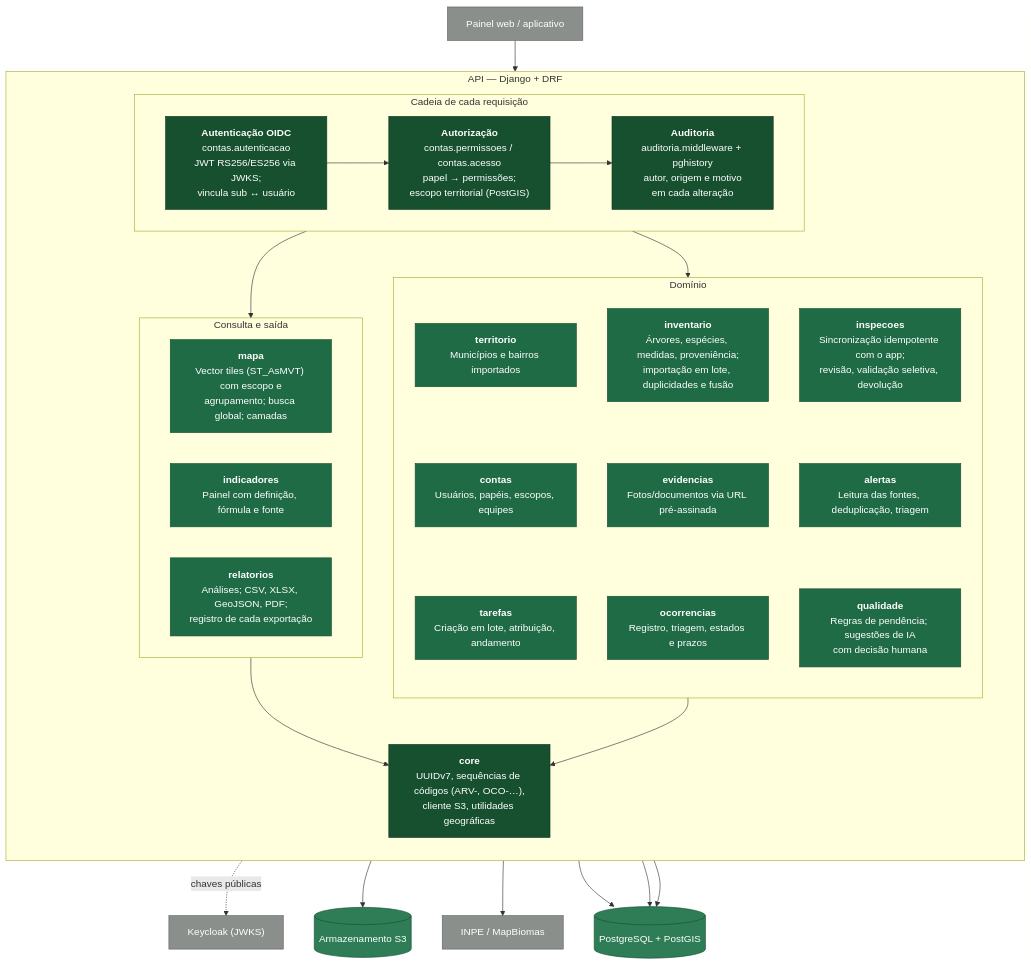
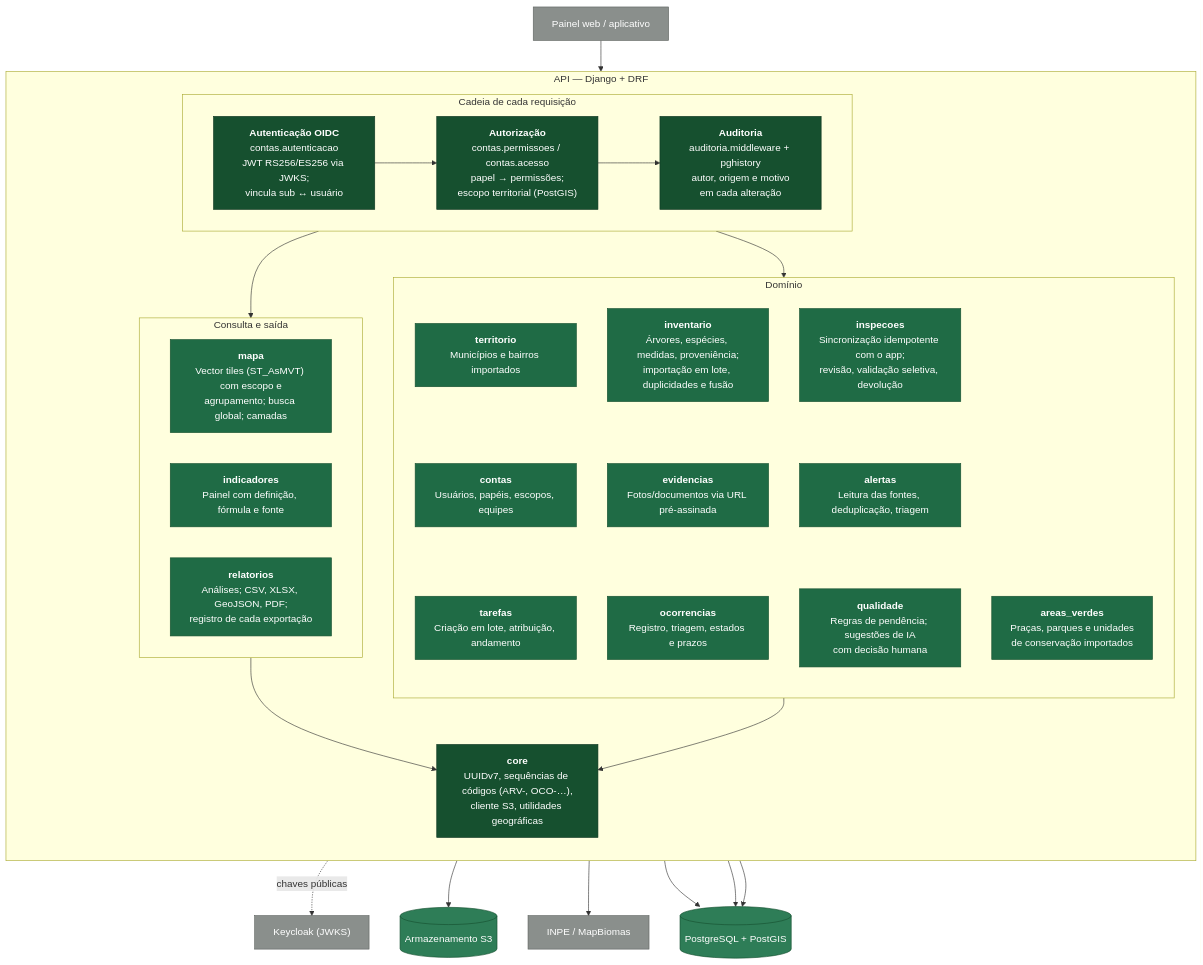
Before and after one commit to RaulMedeiros/itree: the third of 10 diagrams in docs/arquitetura/README.md, drawn with Mermaid. The commit also changed other lines of this file and 43 other files, not shown here.

First line of the commit message:
Fontes públicas: camada de áreas verdes (praças, parques e UCs de Fortaleza) (#50)

````diff
--- a/docs/arquitetura/README.md
+++ b/docs/arquitetura/README.md
@@ -147,61 +152,62 @@
 ```mermaid
 flowchart TB
     classDef comp fill:#1f6b45,stroke:#16502f,color:#fff
     classDef transversal fill:#16502f,stroke:#0d3520,color:#fff
     classDef dado fill:#2e7d57,stroke:#16502f,color:#fff
     classDef externo fill:#8a8f8c,stroke:#5f6461,color:#fff
 
     cliente["Painel web / aplicativo"]:::externo
 
     subgraph api["API — Django + DRF"]
         direction TB
         subgraph cadeia["Cadeia de cada requisição"]
             direction LR
             autent["<b>Autenticação OIDC</b><br/>contas.autenticacao<br/>JWT RS256/ES256 via JWKS;<br/>vincula sub ↔ usuário"]:::transversal
             acesso["<b>Autorização</b><br/>contas.permissoes / contas.acesso<br/>papel → permissões;<br/>escopo territorial (PostGIS)"]:::transversal
             auditoria["<b>Auditoria</b><br/>auditoria.middleware + pghistory<br/>autor, origem e motivo<br/>em cada alteração"]:::transversal
         end
 
         subgraph dominio["Domínio"]
             direction TB
             territorio["<b>territorio</b><br/>Municípios e bairros importados"]:::comp
+            areas_verdes["<b>areas_verdes</b><br/>Praças, parques e unidades<br/>de conservação importados"]:::comp
             contas["<b>contas</b><br/>Usuários, papéis, escopos, equipes"]:::comp
             inventario["<b>inventario</b><br/>Árvores, espécies, medidas, proveniência;<br/>importação em lote, duplicidades e fusão"]:::comp
             evidencias["<b>evidencias</b><br/>Fotos/documentos via URL pré-assinada"]:::comp
             ocorrencias["<b>ocorrencias</b><br/>Registro, triagem, estados e prazos"]:::comp
             inspecoes["<b>inspecoes</b><br/>Sincronização idempotente com o app;<br/>revisão, validação seletiva, devolução"]:::comp
             tarefas["<b>tarefas</b><br/>Criação em lote, atribuição, andamento"]:::comp
             alertas["<b>alertas</b><br/>Leitura das fontes, deduplicação, triagem"]:::comp
             qualidade["<b>qualidade</b><br/>Regras de pendência; sugestões de IA<br/>com decisão humana"]:::comp
             territorio ~~~ contas ~~~ tarefas
             inventario ~~~ evidencias ~~~ ocorrencias
             inspecoes ~~~ alertas ~~~ qualidade
         end
 
         subgraph leitura["Consulta e saída"]
             direction LR
             mapa["<b>mapa</b><br/>Vector tiles (ST_AsMVT) com escopo e<br/>agrupamento; busca global; camadas"]:::comp
             indicadores["<b>indicadores</b><br/>Painel com definição, fórmula e fonte"]:::comp
             relatorios["<b>relatorios</b><br/>Análises; CSV, XLSX, GeoJSON, PDF;<br/>registro de cada exportação"]:::comp
         end
 
         core["<b>core</b><br/>UUIDv7, sequências de códigos (ARV-, OCO-…),<br/>cliente S3, utilidades geográficas"]:::transversal
     end
 
     db[("PostgreSQL + PostGIS")]:::dado
     s3[("Armazenamento S3")]:::dado
     idp["Keycloak (JWKS)"]:::externo
     fontes["INPE / MapBiomas"]:::externo
 
     cliente --> autent --> acesso --> auditoria
     auditoria --> dominio
     auditoria --> leitura
     autent -. "chaves públicas" .-> idp
     dominio --> core
     leitura --> core
     evidencias --> s3
     alertas --> fontes
     core --> db
     dominio --> db
     leitura --> db
 ```
````
